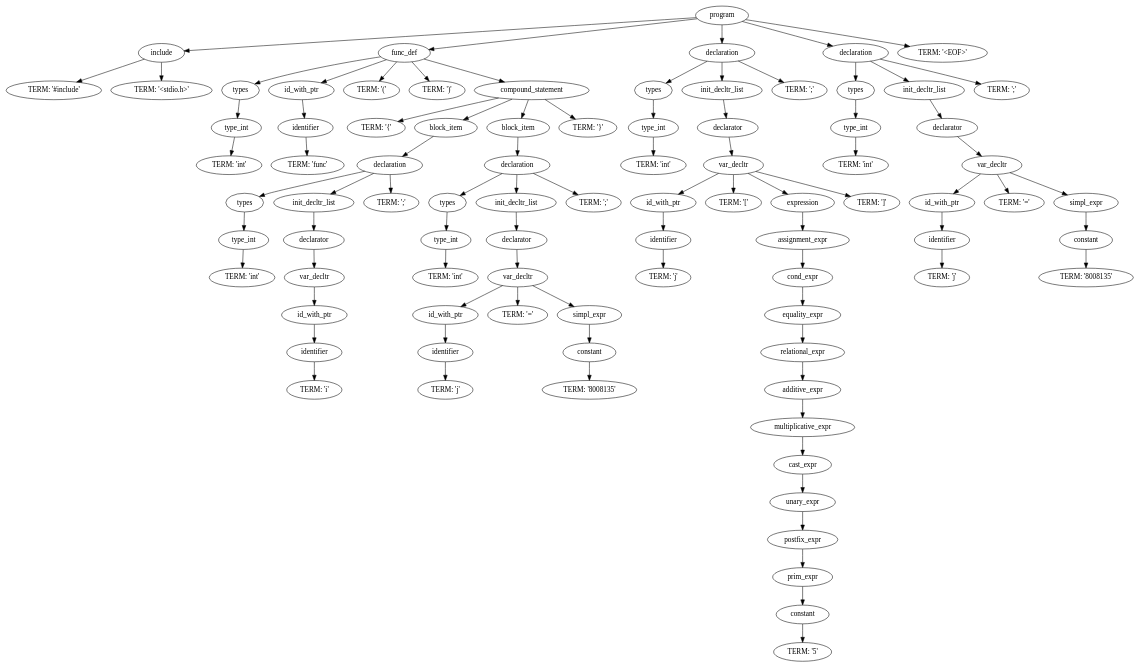
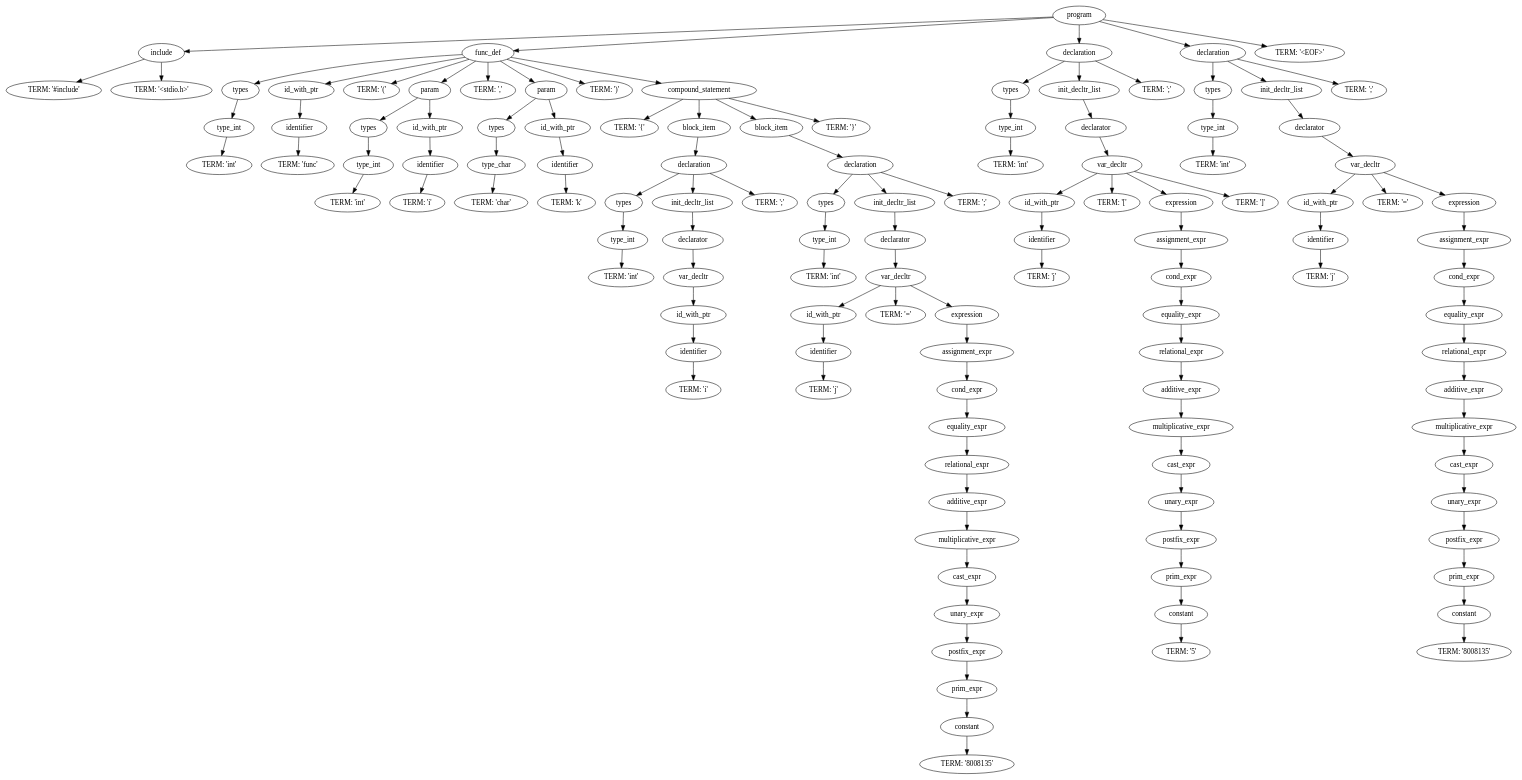
Before and after one commit to DeSchepperCedric/C-Compiler: the diagram in output.dot, drawn with Graphviz. The commit also changed 7 other files, not shown here.

```diff
--- a/output.dot
+++ b/output.dot
@@ -23,151 +23,221 @@
 	4 -> 11;
 	11 [label="TERM: '('"];
 	4 -> 12;
-	12 [label="TERM: ')'"];
-	4 -> 13;
-	13 [label="compound_statement"];
+	12 [label="param"];
+	12 -> 13;
+	13 [label="types"];
 	13 -> 14;
-	14 [label="TERM: '{'"];
-	13 -> 15;
-	15 [label="block_item"];
-	15 -> 16;
-	16 [label="declaration"];
+	14 [label="type_int"];
+	14 -> 15;
+	15 [label="TERM: 'int'"];
+	12 -> 16;
+	16 [label="id_with_ptr"];
 	16 -> 17;
-	17 [label="types"];
+	17 [label="identifier"];
 	17 -> 18;
-	18 [label="type_int"];
-	18 -> 19;
-	19 [label="TERM: 'int'"];
-	16 -> 20;
-	20 [label="init_decltr_list"];
+	18 [label="TERM: 'i'"];
+	4 -> 19;
+	19 [label="TERM: ','"];
+	4 -> 20;
+	20 [label="param"];
 	20 -> 21;
-	21 [label="declarator"];
+	21 [label="types"];
 	21 -> 22;
-	22 [label="var_decltr"];
+	22 [label="type_char"];
 	22 -> 23;
-	23 [label="id_with_ptr"];
-	23 -> 24;
-	24 [label="identifier"];
+	23 [label="TERM: 'char'"];
+	20 -> 24;
+	24 [label="id_with_ptr"];
 	24 -> 25;
-	25 [label="TERM: 'i'"];
-	16 -> 26;
-	26 [label="TERM: ';'"];
-	13 -> 27;
-	27 [label="block_item"];
-	27 -> 28;
-	28 [label="declaration"];
+	25 [label="identifier"];
+	25 -> 26;
+	26 [label="TERM: 'k'"];
+	4 -> 27;
+	27 [label="TERM: ')'"];
+	4 -> 28;
+	28 [label="compound_statement"];
 	28 -> 29;
-	29 [label="types"];
-	29 -> 30;
-	30 [label="type_int"];
+	29 [label="TERM: '{'"];
+	28 -> 30;
+	30 [label="block_item"];
 	30 -> 31;
-	31 [label="TERM: 'int'"];
-	28 -> 32;
-	32 [label="init_decltr_list"];
+	31 [label="declaration"];
+	31 -> 32;
+	32 [label="types"];
 	32 -> 33;
-	33 [label="declarator"];
+	33 [label="type_int"];
 	33 -> 34;
-	34 [label="var_decltr"];
-	34 -> 35;
-	35 [label="id_with_ptr"];
+	34 [label="TERM: 'int'"];
+	31 -> 35;
+	35 [label="init_decltr_list"];
 	35 -> 36;
-	36 [label="identifier"];
+	36 [label="declarator"];
 	36 -> 37;
-	37 [label="TERM: 'j'"];
-	34 -> 38;
-	38 [label="TERM: '='"];
-	34 -> 39;
-	39 [label="simpl_expr"];
+	37 [label="var_decltr"];
+	37 -> 38;
+	38 [label="id_with_ptr"];
+	38 -> 39;
+	39 [label="identifier"];
 	39 -> 40;
-	40 [label="constant"];
-	40 -> 41;
-	41 [label="TERM: '8008135'"];
+	40 [label="TERM: 'i'"];
+	31 -> 41;
+	41 [label="TERM: ';'"];
 	28 -> 42;
-	42 [label="TERM: ';'"];
-	13 -> 43;
-	43 [label="TERM: '}'"];
-	0 -> 44;
-	44 [label="declaration"];
+	42 [label="block_item"];
+	42 -> 43;
+	43 [label="declaration"];
+	43 -> 44;
+	44 [label="types"];
 	44 -> 45;
-	45 [label="types"];
+	45 [label="type_int"];
 	45 -> 46;
-	46 [label="type_int"];
-	46 -> 47;
-	47 [label="TERM: 'int'"];
-	44 -> 48;
-	48 [label="init_decltr_list"];
+	46 [label="TERM: 'int'"];
+	43 -> 47;
+	47 [label="init_decltr_list"];
+	47 -> 48;
+	48 [label="declarator"];
 	48 -> 49;
-	49 [label="declarator"];
+	49 [label="var_decltr"];
 	49 -> 50;
-	50 [label="var_decltr"];
+	50 [label="id_with_ptr"];
 	50 -> 51;
-	51 [label="id_with_ptr"];
+	51 [label="identifier"];
 	51 -> 52;
-	52 [label="identifier"];
-	52 -> 53;
-	53 [label="TERM: 'j'"];
-	50 -> 54;
-	54 [label="TERM: '['"];
-	50 -> 55;
-	55 [label="expression"];
+	52 [label="TERM: 'j'"];
+	49 -> 53;
+	53 [label="TERM: '='"];
+	49 -> 54;
+	54 [label="expression"];
+	54 -> 55;
+	55 [label="assignment_expr"];
 	55 -> 56;
-	56 [label="assignment_expr"];
+	56 [label="cond_expr"];
 	56 -> 57;
-	57 [label="cond_expr"];
+	57 [label="equality_expr"];
 	57 -> 58;
-	58 [label="equality_expr"];
+	58 [label="relational_expr"];
 	58 -> 59;
-	59 [label="relational_expr"];
+	59 [label="additive_expr"];
 	59 -> 60;
-	60 [label="additive_expr"];
+	60 [label="multiplicative_expr"];
 	60 -> 61;
-	61 [label="multiplicative_expr"];
+	61 [label="cast_expr"];
 	61 -> 62;
-	62 [label="cast_expr"];
+	62 [label="unary_expr"];
 	62 -> 63;
-	63 [label="unary_expr"];
+	63 [label="postfix_expr"];
 	63 -> 64;
-	64 [label="postfix_expr"];
+	64 [label="prim_expr"];
 	64 -> 65;
-	65 [label="prim_expr"];
+	65 [label="constant"];
 	65 -> 66;
-	66 [label="constant"];
-	66 -> 67;
-	67 [label="TERM: '5'"];
-	50 -> 68;
-	68 [label="TERM: ']'"];
-	44 -> 69;
-	69 [label="TERM: ';'"];
-	0 -> 70;
-	70 [label="declaration"];
+	66 [label="TERM: '8008135'"];
+	43 -> 67;
+	67 [label="TERM: ';'"];
+	28 -> 68;
+	68 [label="TERM: '}'"];
+	0 -> 69;
+	69 [label="declaration"];
+	69 -> 70;
+	70 [label="types"];
 	70 -> 71;
-	71 [label="types"];
+	71 [label="type_int"];
 	71 -> 72;
-	72 [label="type_int"];
-	72 -> 73;
-	73 [label="TERM: 'int'"];
-	70 -> 74;
-	74 [label="init_decltr_list"];
+	72 [label="TERM: 'int'"];
+	69 -> 73;
+	73 [label="init_decltr_list"];
+	73 -> 74;
+	74 [label="declarator"];
 	74 -> 75;
-	75 [label="declarator"];
+	75 [label="var_decltr"];
 	75 -> 76;
-	76 [label="var_decltr"];
+	76 [label="id_with_ptr"];
 	76 -> 77;
-	77 [label="id_with_ptr"];
+	77 [label="identifier"];
 	77 -> 78;
-	78 [label="identifier"];
-	78 -> 79;
-	79 [label="TERM: 'j'"];
-	76 -> 80;
-	80 [label="TERM: '='"];
-	76 -> 81;
-	81 [label="simpl_expr"];
+	78 [label="TERM: 'j'"];
+	75 -> 79;
+	79 [label="TERM: '['"];
+	75 -> 80;
+	80 [label="expression"];
+	80 -> 81;
+	81 [label="assignment_expr"];
 	81 -> 82;
-	82 [label="constant"];
+	82 [label="cond_expr"];
 	82 -> 83;
-	83 [label="TERM: '8008135'"];
-	70 -> 84;
-	84 [label="TERM: ';'"];
-	0 -> 85;
-	85 [label="TERM: '<EOF>'"];
+	83 [label="equality_expr"];
+	83 -> 84;
+	84 [label="relational_expr"];
+	84 -> 85;
+	85 [label="additive_expr"];
+	85 -> 86;
+	86 [label="multiplicative_expr"];
+	86 -> 87;
+	87 [label="cast_expr"];
+	87 -> 88;
+	88 [label="unary_expr"];
+	88 -> 89;
+	89 [label="postfix_expr"];
+	89 -> 90;
+	90 [label="prim_expr"];
+	90 -> 91;
+	91 [label="constant"];
+	91 -> 92;
+	92 [label="TERM: '5'"];
+	75 -> 93;
+	93 [label="TERM: ']'"];
+	69 -> 94;
+	94 [label="TERM: ';'"];
+	0 -> 95;
+	95 [label="declaration"];
+	95 -> 96;
+	96 [label="types"];
+	96 -> 97;
+	97 [label="type_int"];
+	97 -> 98;
+	98 [label="TERM: 'int'"];
+	95 -> 99;
+	99 [label="init_decltr_list"];
+	99 -> 100;
+	100 [label="declarator"];
+	100 -> 101;
+	101 [label="var_decltr"];
+	101 -> 102;
+	102 [label="id_with_ptr"];
+	102 -> 103;
+	103 [label="identifier"];
+	103 -> 104;
+	104 [label="TERM: 'j'"];
+	101 -> 105;
+	105 [label="TERM: '='"];
+	101 -> 106;
+	106 [label="expression"];
+	106 -> 107;
+	107 [label="assignment_expr"];
+	107 -> 108;
+	108 [label="cond_expr"];
+	108 -> 109;
+	109 [label="equality_expr"];
+	109 -> 110;
+	110 [label="relational_expr"];
+	110 -> 111;
+	111 [label="additive_expr"];
+	111 -> 112;
+	112 [label="multiplicative_expr"];
+	112 -> 113;
+	113 [label="cast_expr"];
+	113 -> 114;
+	114 [label="unary_expr"];
+	114 -> 115;
+	115 [label="postfix_expr"];
+	115 -> 116;
+	116 [label="prim_expr"];
+	116 -> 117;
+	117 [label="constant"];
+	117 -> 118;
+	118 [label="TERM: '8008135'"];
+	95 -> 119;
+	119 [label="TERM: ';'"];
+	0 -> 120;
+	120 [label="TERM: '<EOF>'"];
 }
```
